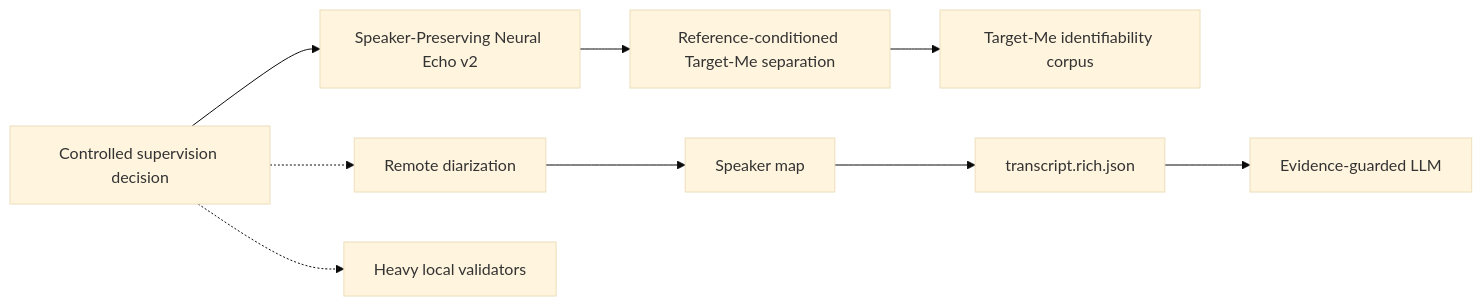
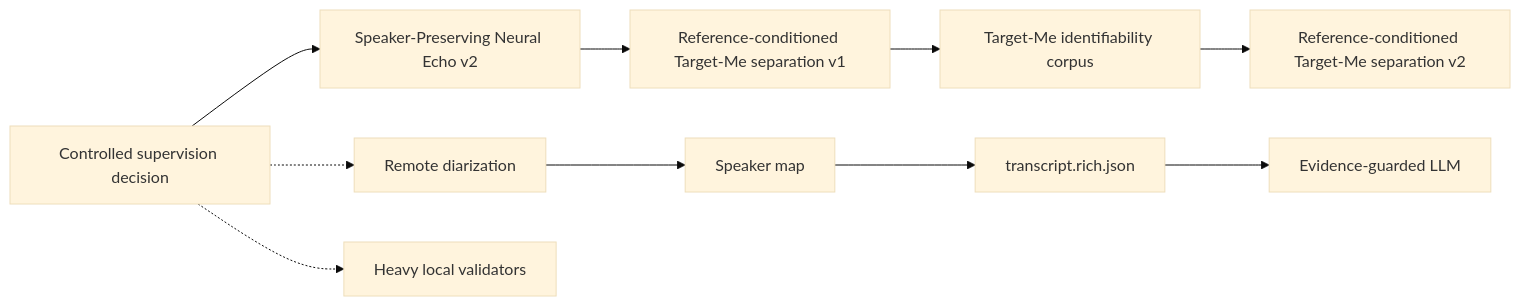
Before and after one commit to asukhodko/murmurmark: the third of 4 diagrams in docs/roadmap/murmurmark-cli-roadmap.md, drawn with Mermaid (base theme). The commit also changed other lines of this file and 16 other files, not shown here.

````diff
--- a/docs/roadmap/murmurmark-cli-roadmap.md
+++ b/docs/roadmap/murmurmark-cli-roadmap.md
@@ -222,16 +213,17 @@
 ```mermaid
 flowchart LR
     Q["Controlled supervision decision"]
     E["Speaker-Preserving Neural Echo v2"]
-    X["Reference-conditioned Target-Me separation"]
+    X["Reference-conditioned Target-Me separation v1"]
     I["Target-Me identifiability corpus"]
+    C["Reference-conditioned Target-Me separation v2"]
     D["Remote diarization"]
     S["Speaker map"]
     T["transcript.rich.json"]
     V["Heavy local validators"]
     L["Evidence-guarded LLM"]
 
-    Q --> E --> X --> I
+    Q --> E --> X --> I --> C
     Q -.-> D --> S --> T --> L
     Q -.-> V
 ```
````
